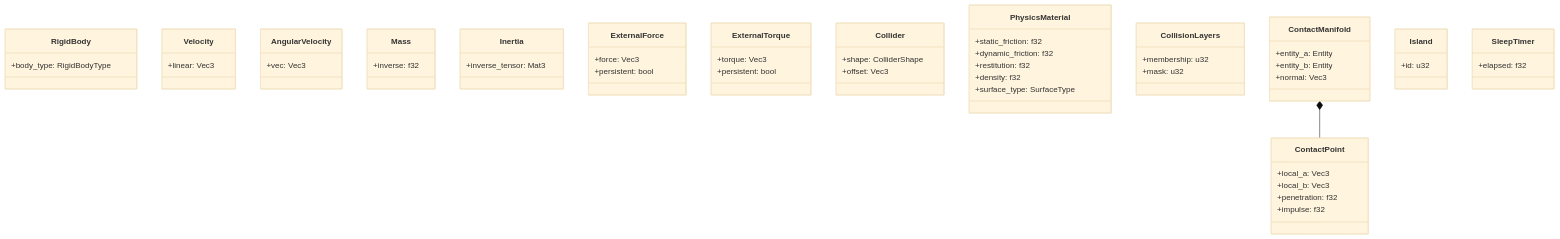
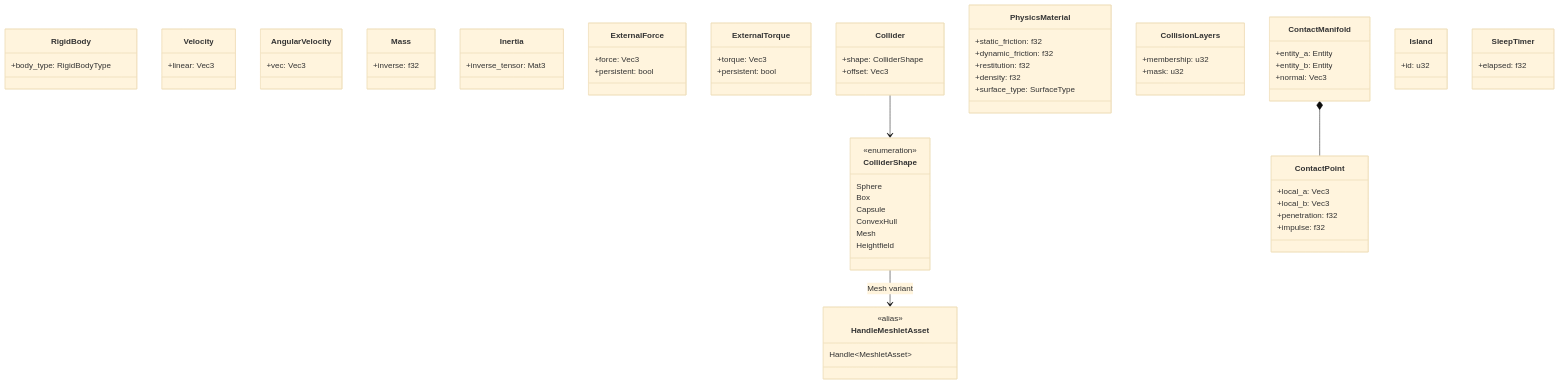
One commit to harmonius-dev/harmonius changed the second of 6 diagrams in docs/design/physics/foundation.md. Above: the diagram before and after it, drawn with Mermaid (base theme). The commit also changed other lines of this file and 143 other files, not shown here.

````diff
--- a/docs/design/physics/foundation.md
+++ b/docs/design/physics/foundation.md
@@ -223,60 +223,75 @@
 ```mermaid
 classDiagram
     class RigidBody {
         +body_type: RigidBodyType
     }
     class Velocity {
         +linear: Vec3
     }
     class AngularVelocity {
         +vec: Vec3
     }
     class Mass {
         +inverse: f32
     }
     class Inertia {
         +inverse_tensor: Mat3
     }
     class ExternalForce {
         +force: Vec3
         +persistent: bool
     }
     class ExternalTorque {
         +torque: Vec3
         +persistent: bool
     }
     class Collider {
         +shape: ColliderShape
         +offset: Vec3
     }
+    class ColliderShape {
+        <<enumeration>>
+        Sphere
+        Box
+        Capsule
+        ConvexHull
+        Mesh
+        Heightfield
+    }
+    class HandleMeshletAsset {
+        <<alias>>
+        Handle~MeshletAsset~
+    }
+    Collider --> ColliderShape
+    ColliderShape --> HandleMeshletAsset : Mesh variant
     class PhysicsMaterial {
         +static_friction: f32
         +dynamic_friction: f32
         +restitution: f32
         +density: f32
         +surface_type: SurfaceType
     }
     class CollisionLayers {
         +membership: u32
         +mask: u32
     }
     class ContactManifold {
         +entity_a: Entity
         +entity_b: Entity
         +normal: Vec3
     }
     class ContactPoint {
         +local_a: Vec3
         +local_b: Vec3
         +penetration: f32
         +impulse: f32
     }
     class Island {
         +id: u32
     }
     class SleepTimer {
         +elapsed: f32
     }
 
     ContactManifold *-- ContactPoint
 ```
````
